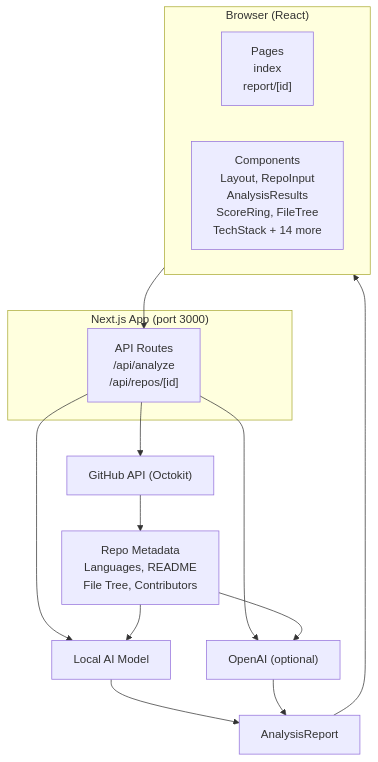
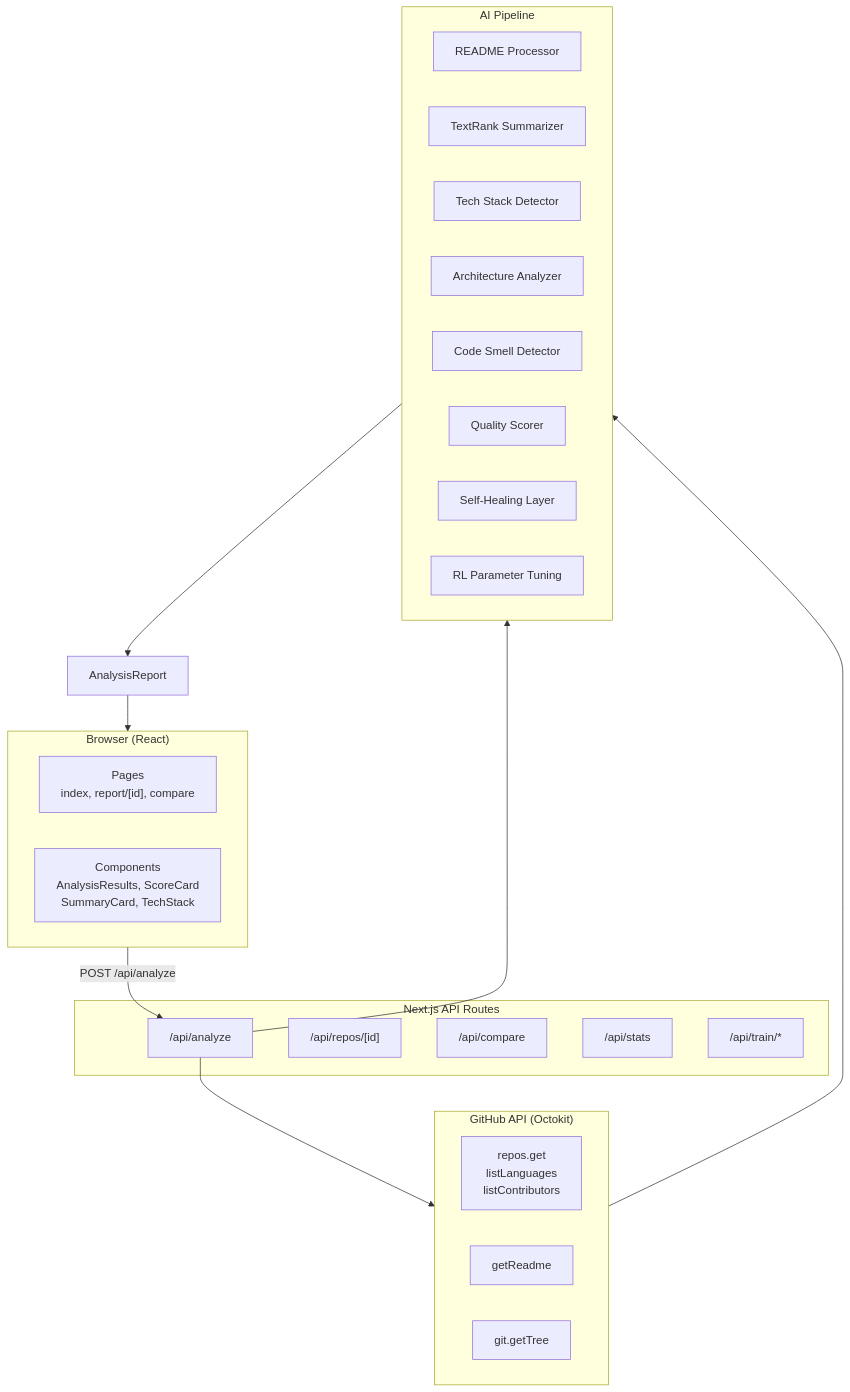
One commit to learnerforge/AI-GitHub-Repository-Analyzer changed the diagram in README.md. Above: the diagram before and after it, drawn with Mermaid. The commit also changed other lines of this file and 8 other files, not shown here.

Commit message:
auto-commit [scan] AI GitHub Repository Analyzer: README.md, AnalysisResults.tsx, ScoreCard.tsx +6 more

````diff
--- a/README.md
+++ b/README.md
@@ -123,24 +199,39 @@
 ```mermaid
 graph TB
     subgraph Browser["Browser (React)"]
-        Pages["Pages<br/>index<br/>report/[id]"]
-        Components["Components<br/>Layout, RepoInput<br/>AnalysisResults<br/>ScoreRing, FileTree<br/>TechStack + 14 more"]
+        Pages["Pages<br/>index, report/[id], compare"]
+        Components["Components<br/>AnalysisResults, ScoreCard<br/>SummaryCard, TechStack"]
     end
 
-    subgraph NextJS["Next.js App (port 3000)"]
-        API["API Routes<br/>/api/analyze<br/>/api/repos/[id]"]
+    subgraph API["Next.js API Routes"]
+        Analyze["/api/analyze"]
+        Repos["/api/repos/[id]"]
+        Compare["/api/compare"]
+        Stats["/api/stats"]
+        Train["/api/train/*"]
     end
 
-    Browser --> API
-    API --> GitHubAPI["GitHub API (Octokit)"]
-    API --> LocalAI["Local AI Model"]
-    API --> OpenAI["OpenAI (optional)"]
+    subgraph GitHub["GitHub API (Octokit)"]
+        Meta["repos.get<br/>listLanguages<br/>listContributors"]
+        Readme["getReadme"]
+        Tree["git.getTree"]
+    end
 
-    GitHubAPI --> RepoData["Repo Metadata<br/>Languages, README<br/>File Tree, Contributors"]
-    RepoData --> LocalAI
-    RepoData --> OpenAI
+    subgraph AI["AI Pipeline"]
+        RP["README Processor"]
+        TS["TextRank Summarizer"]
+        TD["Tech Stack Detector"]
+        AA["Architecture Analyzer"]
+        CS["Code Smell Detector"]
+        QS["Quality Scorer"]
+        SH["Self-Healing Layer"]
+        RL["RL Parameter Tuning"]
+    end
 
-    LocalAI --> Report["AnalysisReport"]
-    OpenAI --> Report
+    Browser -->|POST /api/analyze| Analyze
+    Analyze --> GitHub
+    Analyze --> AI
+    GitHub --> AI
+    AI --> Report["AnalysisReport"]
     Report --> Browser
 ```
````
